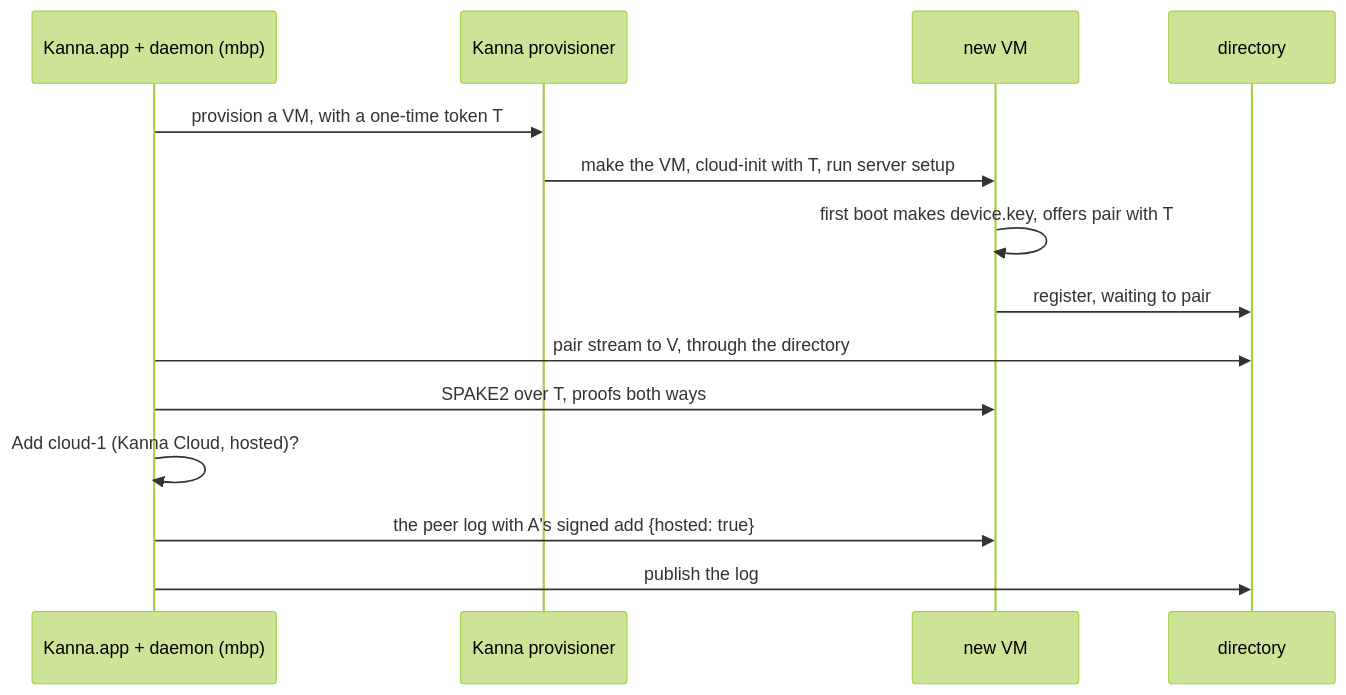
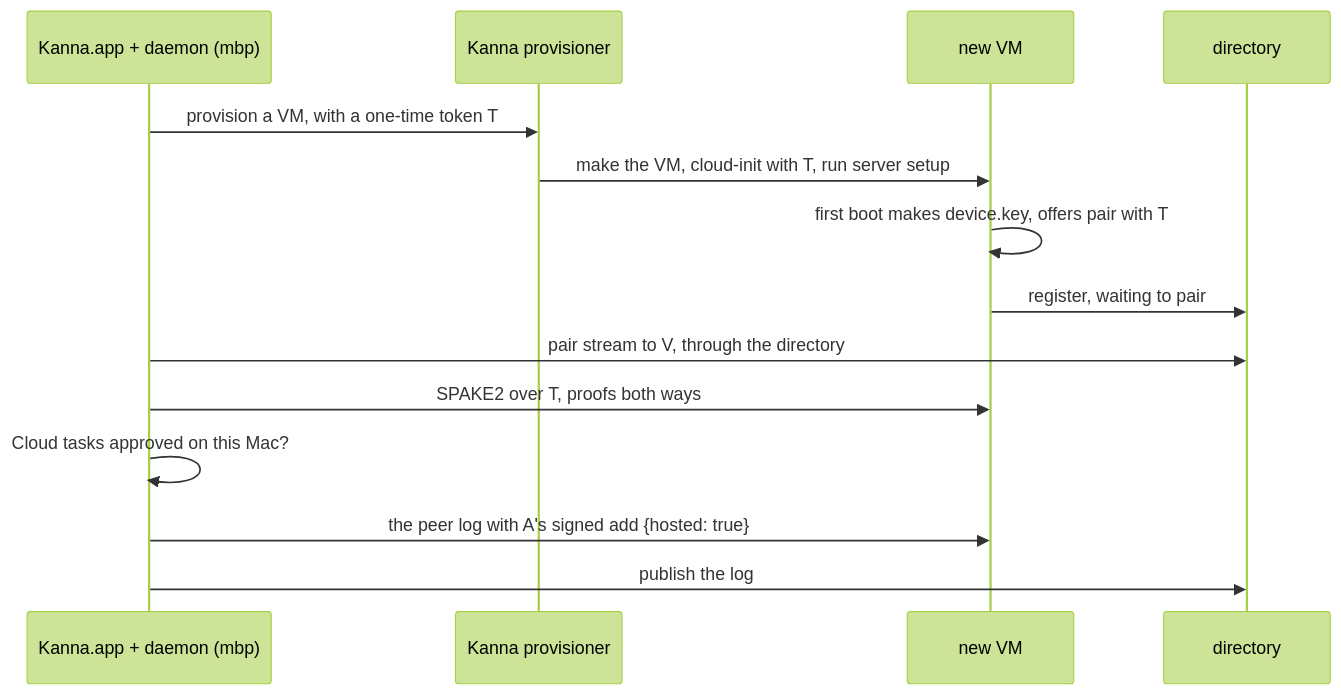
Before and after one commit to tampopogk/kanna: the second of 2 diagrams in docs/specs/kanna-cloud.md, drawn with Mermaid (forest theme). The commit also changed other lines of this file and 5 other files, not shown here.

Commit message:
Kanna Cloud: customers see only tasks that run on the cloud; no Cloud machines

````diff
--- a/docs/specs/kanna-cloud.md
+++ b/docs/specs/kanna-cloud.md
@@ -117,16 +116,16 @@
 ```mermaid
 sequenceDiagram
     participant A as Kanna.app + daemon (mbp)
     participant P as Kanna provisioner
     participant V as new VM
     participant D as directory
     A->>P: provision a VM, with a one-time token T
     P->>V: make the VM, cloud-init with T, run server setup
     V->>V: first boot makes device.key, offers pair with T
     V->>D: register, waiting to pair
     A->>D: pair stream to V, through the directory
     A->>V: SPAKE2 over T, proofs both ways
-    A->>A: Add cloud-1 (Kanna Cloud, hosted)?
+    A->>A: Cloud tasks approved on this Mac?
     A->>V: the peer log with A's signed add {hosted: true}
     A->>D: publish the log
 ```
````
